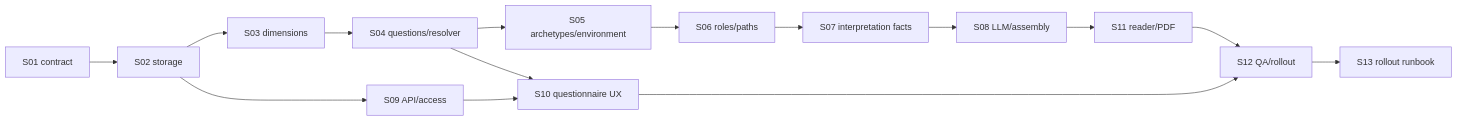
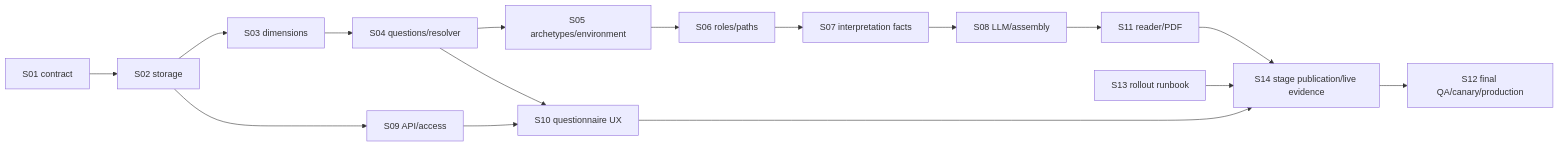
Before and after one commit to fixemer90-stack/Archemap: the diagram in docs/features/E19-career-report/FEATURE.md, drawn with Mermaid. The commit also changed other lines of this file and 5 other files, not shown here.

Commit message:
docs(career): add stage publication evidence story

````diff
--- a/docs/features/E19-career-report/FEATURE.md
+++ b/docs/features/E19-career-report/FEATURE.md
@@ -158,17 +159,18 @@
 ```mermaid
 flowchart LR
   S01[S01 contract] --> S02[S02 storage]
   S02 --> S03[S03 dimensions]
   S03 --> S04[S04 questions/resolver]
   S04 --> S05[S05 archetypes/environment]
   S05 --> S06[S06 roles/paths]
   S06 --> S07[S07 interpretation facts]
   S07 --> S08[S08 LLM/assembly]
   S02 --> S09[S09 API/access]
   S04 --> S10[S10 questionnaire UX]
   S08 --> S11[S11 reader/PDF]
   S09 --> S10
-  S10 --> S12[S12 QA/rollout]
-  S11 --> S12
-  S12 --> S13[S13 rollout runbook]
+  S10 --> S14[S14 stage publication/live evidence]
+  S11 --> S14
+  S13[S13 rollout runbook] --> S14
+  S14 --> S12[S12 final QA/canary/production]
 ```
````
